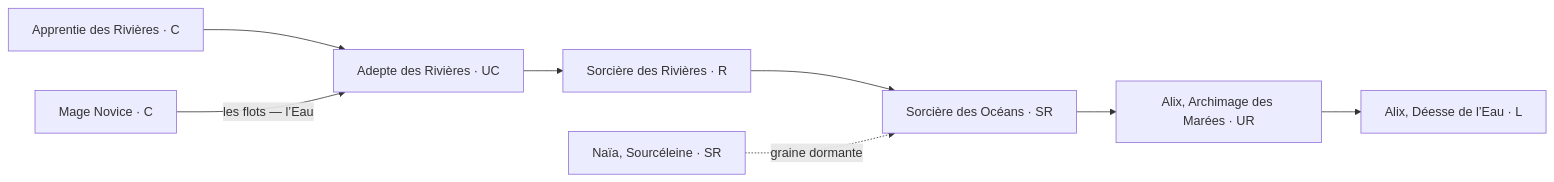
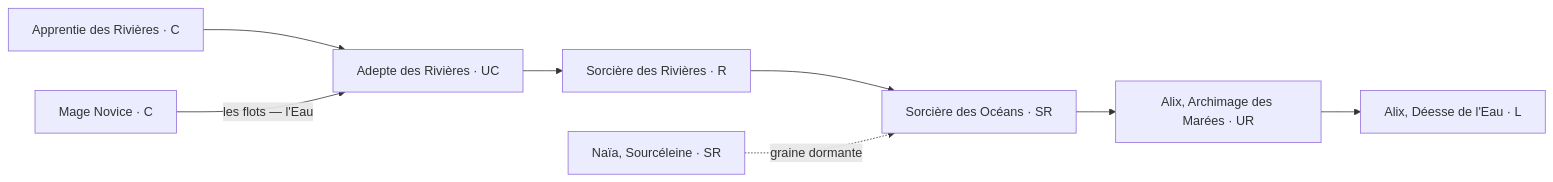
The sixth of 12 diagrams in docs/design/arbres-evolution.md (mobize191/aicg-lignees), drawn with Mermaid before and after one commit. The commit also changed other lines of this file and 2 other files, not shown here.

````diff
--- a/docs/design/arbres-evolution.md
+++ b/docs/design/arbres-evolution.md
@@ -104,6 +122,6 @@
 ```mermaid
 flowchart LR
-  a5["Apprentie des Rivières · C"] --> a29["Adepte des Rivières · UC"] --> a8["Sorcière des Rivières · R"] --> a11["Sorcière des Océans · SR"] --> a13["Alix, Archimage des Marées · UR"] --> a14["Alix, Déesse de l’Eau · L"]
-  n2["Mage Novice · C"] -->|"les flots — l’Eau"| a29["Adepte des Rivières · UC"]
+  a5["Apprentie des Rivières · C"] --> a29["Adepte des Rivières · UC"] --> a8["Sorcière des Rivières · R"] --> a11["Sorcière des Océans · SR"] --> a13["Alix, Archimage des Marées · UR"] --> a14["Alix, Déesse de l'Eau · L"]
+  n2["Mage Novice · C"] -->|"les flots — l'Eau"| a29["Adepte des Rivières · UC"]
   b3["Naïa, Sourcéleine · SR"] -.->|graine dormante| a11["Sorcière des Océans · SR"]
 ```
````
